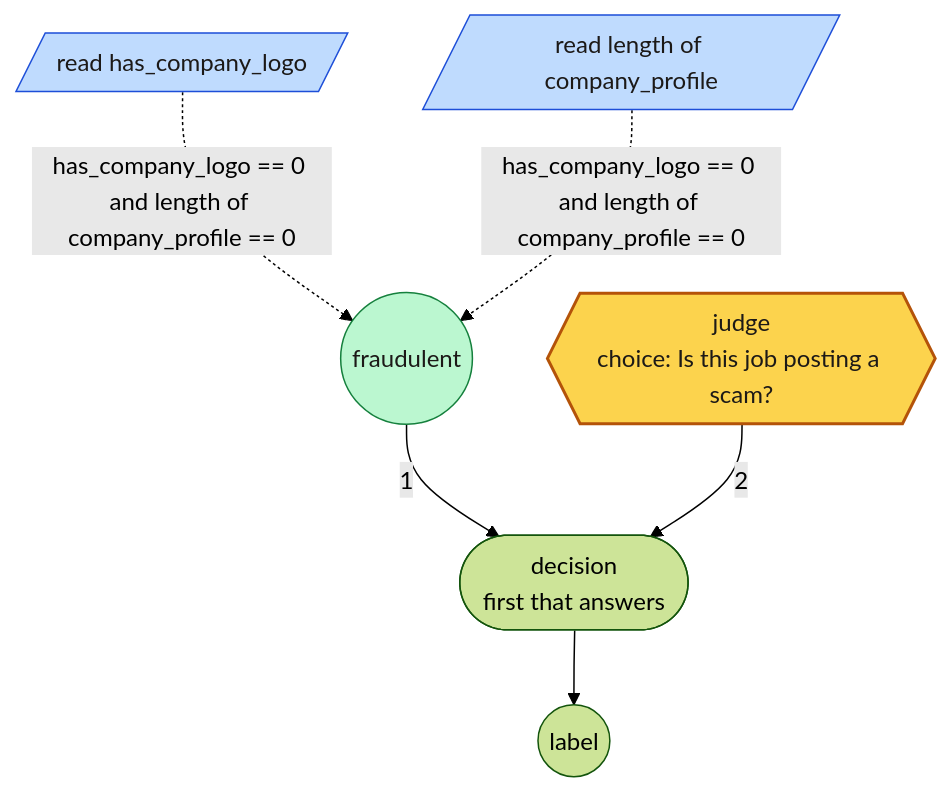
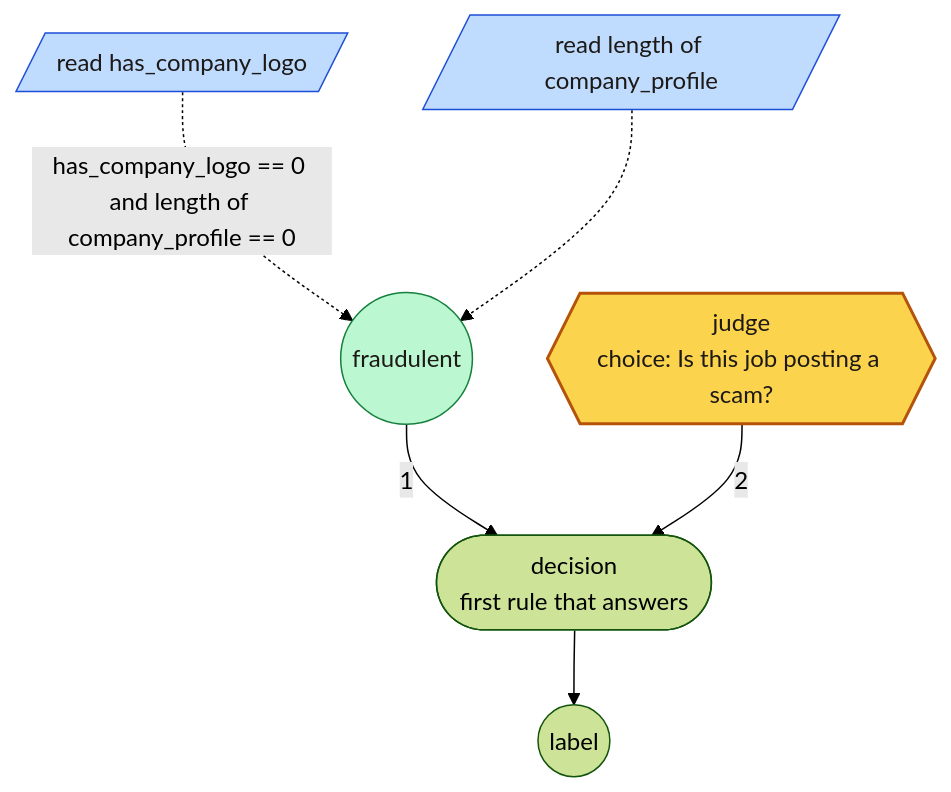
Before and after one commit to MCERQUA/rulesmith: the third of 8 diagrams in README.md, drawn with Mermaid (forest theme). The commit also changed other lines of this file and 1 other file, not shown here.

First line of the commit message:
Draw each rule example in the README, and each condition once

````diff
--- a/README.md
+++ b/README.md
@@ -420,20 +420,20 @@
 ```mermaid
 flowchart TD
     n0[/"read has_company_logo"/]
     n1[/"read length of company_profile"/]
     n2(("fraudulent"))
     n3{{"judge<br/>choice: Is this job posting a scam?"}}
-    n4(["decision<br/>first that answers"])
+    n4(["decision<br/>first rule that answers"])
     n0 -.->|"has_company_logo == 0 and length of company_profile == 0"| n2
-    n1 -.->|"has_company_logo == 0 and length of company_profile == 0"| n2
+    n1 -.-> n2
     n2 -->|"1"| n4
     n3 -->|"2"| n4
     o0(("label"))
     n4 --> o0
     classDef judge fill:#fcd34d,stroke:#b45309,stroke-width:2px,color:#1c1917
     class n3 judge
     classDef read fill:#bfdbfe,stroke:#1d4ed8,color:#1c1917
     class n0,n1 read
     classDef rule fill:#bbf7d0,stroke:#15803d,color:#1c1917
     class n2 rule
 ```
````
